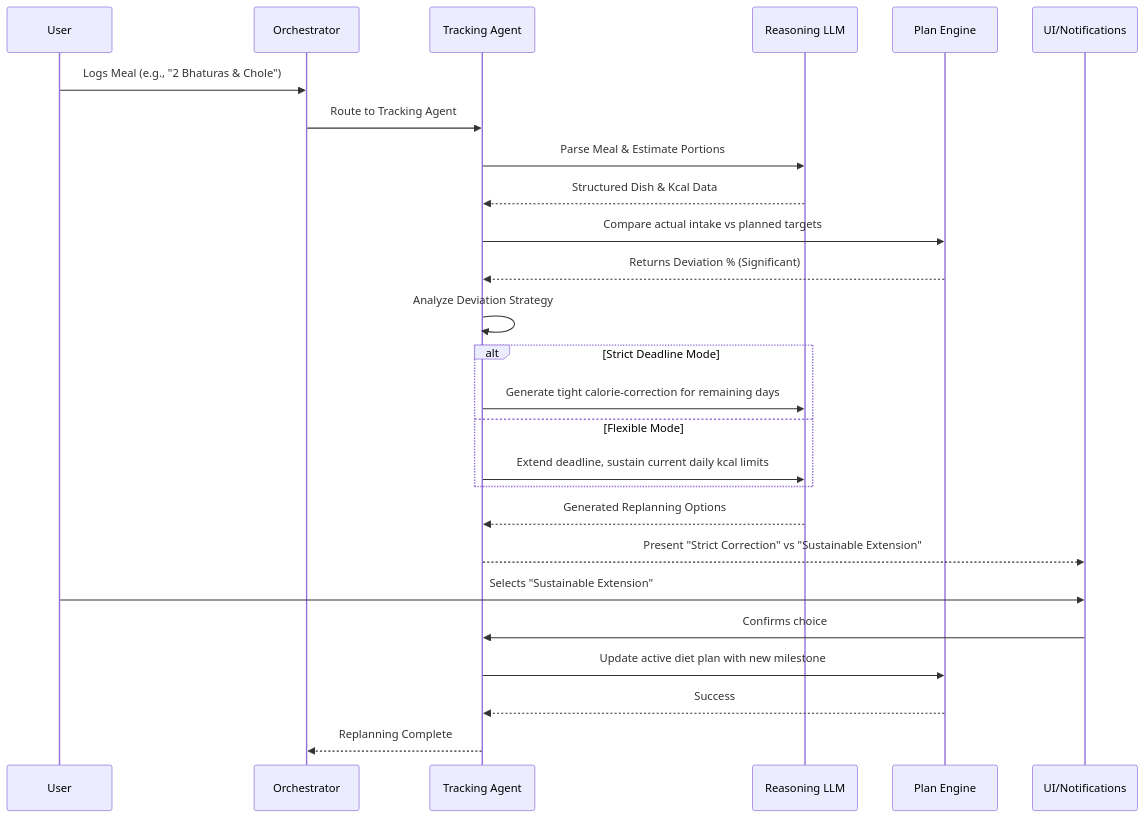
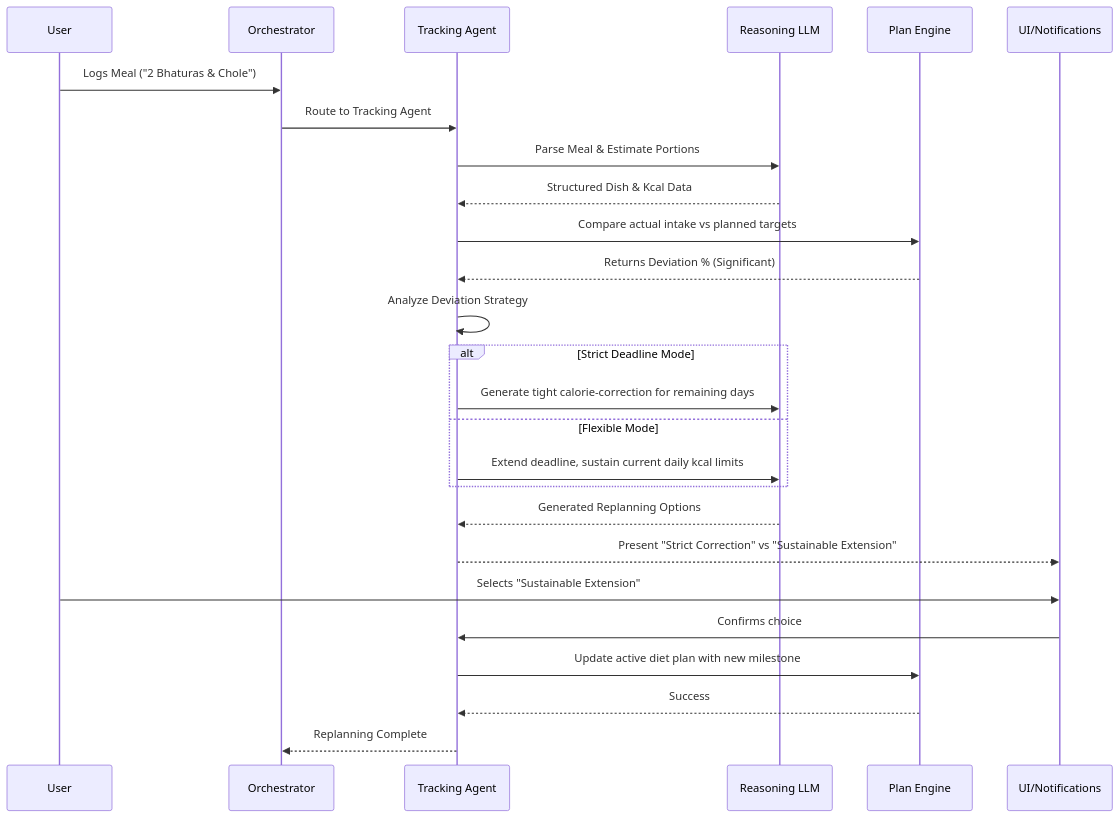
One commit to ritam03/poshan-sarthi changed the second of 4 diagrams in README.md. Above: the diagram before and after it, drawn with Mermaid. The commit also changed other lines of this file and 1 other file, not shown here.

````diff
--- a/README.md
+++ b/README.md
@@ -114,31 +137,31 @@
 ```mermaid
 sequenceDiagram
     participant User
     participant Orch as Orchestrator
     participant Track as Tracking Agent
     participant LLM as Reasoning LLM
     participant Plan as Plan Engine
     participant UI as UI/Notifications
 
-    User->>Orch: Logs Meal (e.g., "2 Bhaturas & Chole")
+    User->>Orch: Logs Meal ("2 Bhaturas & Chole")
     Orch->>Track: Route to Tracking Agent
     Track->>LLM: Parse Meal & Estimate Portions
     LLM-->>Track: Structured Dish & Kcal Data
     Track->>Plan: Compare actual intake vs planned targets
     Plan-->>Track: Returns Deviation % (Significant)
     
     Track->>Track: Analyze Deviation Strategy
     alt Strict Deadline Mode
         Track->>LLM: Generate tight calorie-correction for remaining days
     else Flexible Mode
         Track->>LLM: Extend deadline, sustain current daily kcal limits
     end
     
     LLM-->>Track: Generated Replanning Options
     Track-->>UI: Present "Strict Correction" vs "Sustainable Extension"
     User->>UI: Selects "Sustainable Extension"
     UI->>Track: Confirms choice
     Track->>Plan: Update active diet plan with new milestone
     Plan-->>Track: Success
     Track-->>Orch: Replanning Complete
 ```
````
